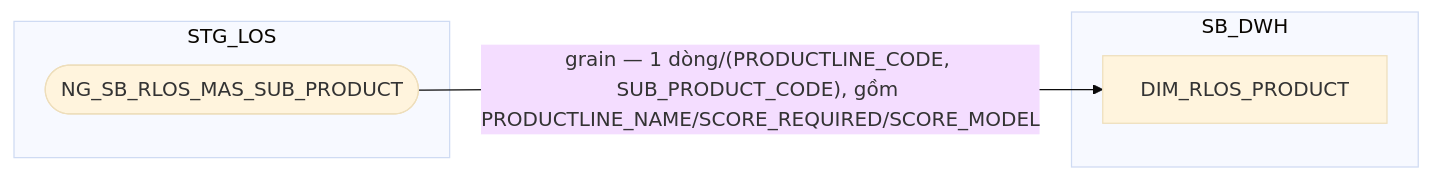
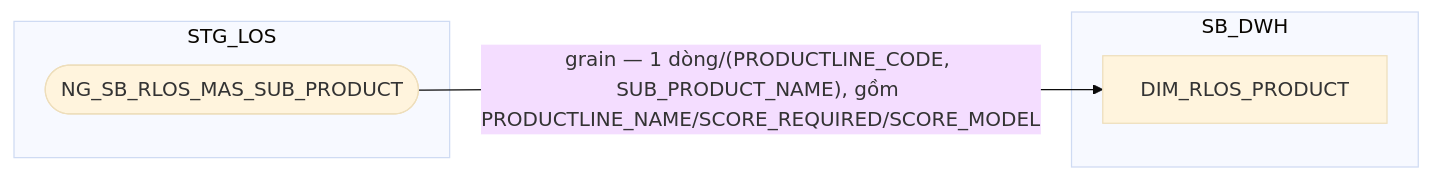
One commit to chien1198/sb-mapping-gen changed diagram 13 of 14 in hld/hld_review/HLD_DIM_SB_DWH_review.md. Above: the diagram before and after it, drawn with Mermaid (base theme). The commit also changed other lines of this file and 39 other files, not shown here.

````diff
--- a/hld/hld_review/HLD_DIM_SB_DWH_review.md
+++ b/hld/hld_review/HLD_DIM_SB_DWH_review.md
@@ -701,10 +701,10 @@
 ```mermaid
 flowchart LR
     subgraph STG_LOS
         B(["NG_SB_RLOS_MAS_SUB_PRODUCT"])
     end
     subgraph SB_DWH
         C["DIM_RLOS_PRODUCT"]
     end
-    B -->|"grain — 1 dòng/(PRODUCTLINE_CODE, SUB_PRODUCT_CODE), gồm PRODUCTLINE_NAME/SCORE_REQUIRED/SCORE_MODEL"| C
+    B -->|"grain — 1 dòng/(PRODUCTLINE_CODE, SUB_PRODUCT_NAME), gồm PRODUCTLINE_NAME/SCORE_REQUIRED/SCORE_MODEL"| C
 ```
````
